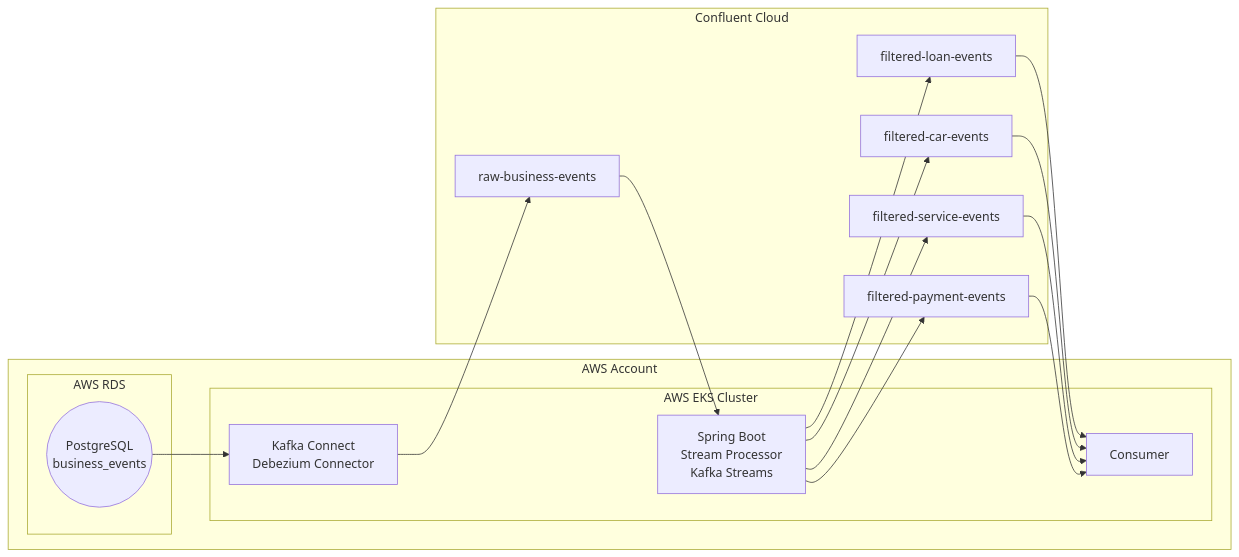
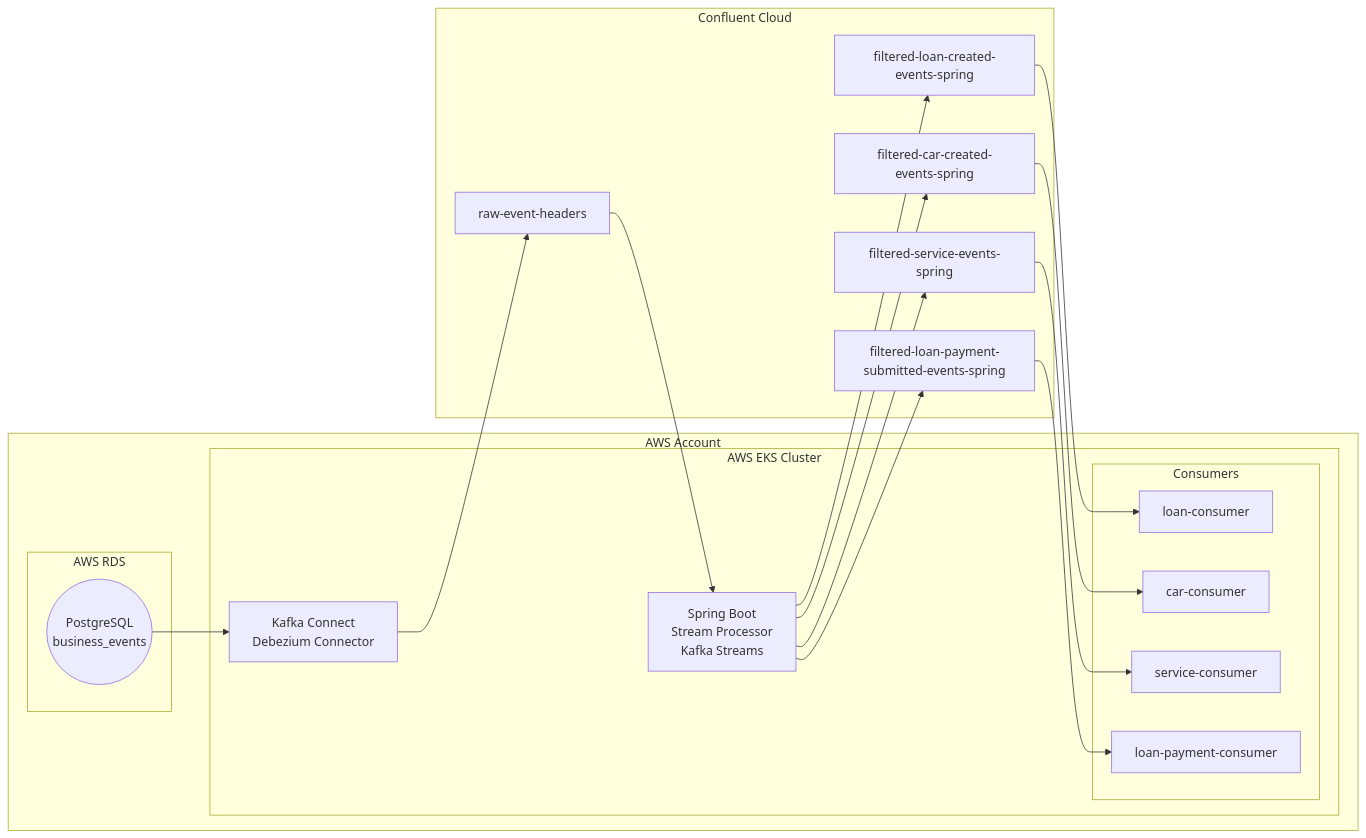
Before and after one commit to RickZee/api-performance-multi-lang: the second of 4 diagrams in cdc-streaming/spring-boot-alternative-architecture.md, drawn with Mermaid. The commit also changed other lines of this file and 16 other files, not shown here.

Commit message:
Improved logging and chart display

````diff
--- a/cdc-streaming/spring-boot-alternative-architecture.md
+++ b/cdc-streaming/spring-boot-alternative-architecture.md
@@ -91,32 +91,37 @@
 ```mermaid
 flowchart LR
     subgraph AWS["AWS Account"]
         subgraph RDS["AWS RDS"]
             PG(("PostgreSQL
             business_events"))
         end
         subgraph EKS["AWS EKS Cluster"]
             KC["Kafka Connect
             Debezium Connector"]
             SP["Spring Boot
             Stream Processor
             Kafka Streams"]
-            Consumer["Consumer"]
+            subgraph Consumer["Consumers"]
+                C1[loan-consumer]
+                C2[car-consumer]
+                C3[service-consumer]
+                C4[loan-payment-consumer]
+            end
         end
     end
 
     subgraph ConfluentCloud["Confluent Cloud"]
-        KR[raw-business-events]
-        KF1[filtered-loan-events]
-        KF2[filtered-car-events]
-        KF3[filtered-service-events]
-        KF4[filtered-payment-events]
+        KR[raw-event-headers]
+        KF1[filtered-loan-created-events-spring]
+        KF2[filtered-car-created-events-spring]
+        KF3[filtered-service-events-spring]
+        KF4[filtered-loan-payment-submitted-events-spring]
     end
 
     PG --> KC --> KR --> SP
     SP --> KF1 & KF2 & KF3 & KF4
-    KF1 --> Consumer
-    KF2 --> Consumer
-    KF3 --> Consumer
-    KF4 --> Consumer
+    KF1 --> C1
+    KF2 --> C2
+    KF3 --> C3
+    KF4 --> C4
 ```
````
